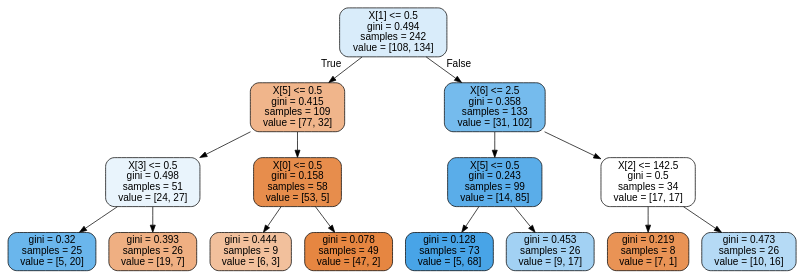
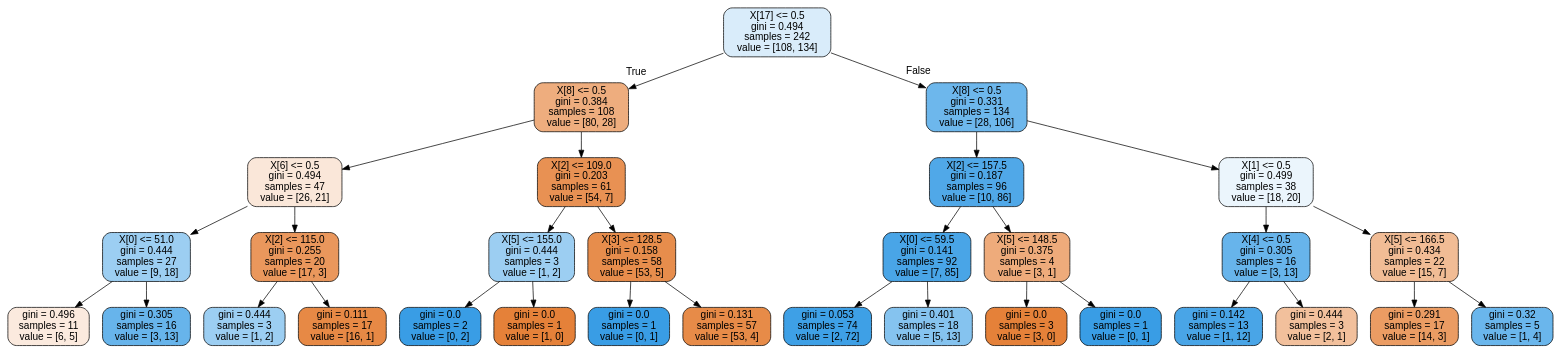
Before and after one commit to murilommen/heart-disease-uci: the diagram in heart_clf.dot, drawn with Graphviz. The commit also changed 3 other files, not shown here.

```diff
--- a/heart_clf.dot
+++ b/heart_clf.dot
@@ -1,33 +1,65 @@
 digraph Tree {
 node [shape=box, style="filled, rounded", color="black", fontname=helvetica] ;
 edge [fontname=helvetica] ;
-0 [label="X[1] <= 0.5\ngini = 0.494\nsamples = 242\nvalue = [108, 134]", fillcolor="#d9ecfa"] ;
-1 [label="X[5] <= 0.5\ngini = 0.415\nsamples = 109\nvalue = [77, 32]", fillcolor="#f0b58b"] ;
+0 [label="X[17] <= 0.5\ngini = 0.494\nsamples = 242\nvalue = [108, 134]", fillcolor="#d9ecfa"] ;
+1 [label="X[8] <= 0.5\ngini = 0.384\nsamples = 108\nvalue = [80, 28]", fillcolor="#eead7e"] ;
 0 -> 1 [labeldistance=2.5, labelangle=45, headlabel="True"] ;
-2 [label="X[3] <= 0.5\ngini = 0.498\nsamples = 51\nvalue = [24, 27]", fillcolor="#e9f4fc"] ;
+2 [label="X[6] <= 0.5\ngini = 0.494\nsamples = 47\nvalue = [26, 21]", fillcolor="#fae7d9"] ;
 1 -> 2 ;
-3 [label="gini = 0.32\nsamples = 25\nvalue = [5, 20]", fillcolor="#6ab6ec"] ;
+3 [label="X[0] <= 51.0\ngini = 0.444\nsamples = 27\nvalue = [9, 18]", fillcolor="#9ccef2"] ;
 2 -> 3 ;
-4 [label="gini = 0.393\nsamples = 26\nvalue = [19, 7]", fillcolor="#efaf82"] ;
-2 -> 4 ;
-5 [label="X[0] <= 0.5\ngini = 0.158\nsamples = 58\nvalue = [53, 5]", fillcolor="#e78d4c"] ;
-1 -> 5 ;
-6 [label="gini = 0.444\nsamples = 9\nvalue = [6, 3]", fillcolor="#f2c09c"] ;
-5 -> 6 ;
-7 [label="gini = 0.078\nsamples = 49\nvalue = [47, 2]", fillcolor="#e68641"] ;
-5 -> 7 ;
-8 [label="X[6] <= 2.5\ngini = 0.358\nsamples = 133\nvalue = [31, 102]", fillcolor="#75bbed"] ;
-0 -> 8 [labeldistance=2.5, labelangle=-45, headlabel="False"] ;
-9 [label="X[5] <= 0.5\ngini = 0.243\nsamples = 99\nvalue = [14, 85]", fillcolor="#5aade9"] ;
-8 -> 9 ;
-10 [label="gini = 0.128\nsamples = 73\nvalue = [5, 68]", fillcolor="#48a4e7"] ;
+4 [label="gini = 0.496\nsamples = 11\nvalue = [6, 5]", fillcolor="#fbeade"] ;
+3 -> 4 ;
+5 [label="gini = 0.305\nsamples = 16\nvalue = [3, 13]", fillcolor="#67b4eb"] ;
+3 -> 5 ;
+6 [label="X[2] <= 115.0\ngini = 0.255\nsamples = 20\nvalue = [17, 3]", fillcolor="#ea975c"] ;
+2 -> 6 ;
+7 [label="gini = 0.444\nsamples = 3\nvalue = [1, 2]", fillcolor="#9ccef2"] ;
+6 -> 7 ;
+8 [label="gini = 0.111\nsamples = 17\nvalue = [16, 1]", fillcolor="#e78945"] ;
+6 -> 8 ;
+9 [label="X[2] <= 109.0\ngini = 0.203\nsamples = 61\nvalue = [54, 7]", fillcolor="#e89153"] ;
+1 -> 9 ;
+10 [label="X[5] <= 155.0\ngini = 0.444\nsamples = 3\nvalue = [1, 2]", fillcolor="#9ccef2"] ;
 9 -> 10 ;
-11 [label="gini = 0.453\nsamples = 26\nvalue = [9, 17]", fillcolor="#a2d1f3"] ;
-9 -> 11 ;
-12 [label="X[2] <= 142.5\ngini = 0.5\nsamples = 34\nvalue = [17, 17]", fillcolor="#ffffff"] ;
-8 -> 12 ;
-13 [label="gini = 0.219\nsamples = 8\nvalue = [7, 1]", fillcolor="#e99355"] ;
-12 -> 13 ;
-14 [label="gini = 0.473\nsamples = 26\nvalue = [10, 16]", fillcolor="#b5daf5"] ;
-12 -> 14 ;
+11 [label="gini = 0.0\nsamples = 2\nvalue = [0, 2]", fillcolor="#399de5"] ;
+10 -> 11 ;
+12 [label="gini = 0.0\nsamples = 1\nvalue = [1, 0]", fillcolor="#e58139"] ;
+10 -> 12 ;
+13 [label="X[3] <= 128.5\ngini = 0.158\nsamples = 58\nvalue = [53, 5]", fillcolor="#e78d4c"] ;
+9 -> 13 ;
+14 [label="gini = 0.0\nsamples = 1\nvalue = [0, 1]", fillcolor="#399de5"] ;
+13 -> 14 ;
+15 [label="gini = 0.131\nsamples = 57\nvalue = [53, 4]", fillcolor="#e78b48"] ;
+13 -> 15 ;
+16 [label="X[8] <= 0.5\ngini = 0.331\nsamples = 134\nvalue = [28, 106]", fillcolor="#6db7ec"] ;
+0 -> 16 [labeldistance=2.5, labelangle=-45, headlabel="False"] ;
+17 [label="X[2] <= 157.5\ngini = 0.187\nsamples = 96\nvalue = [10, 86]", fillcolor="#50a8e8"] ;
+16 -> 17 ;
+18 [label="X[0] <= 59.5\ngini = 0.141\nsamples = 92\nvalue = [7, 85]", fillcolor="#49a5e7"] ;
+17 -> 18 ;
+19 [label="gini = 0.053\nsamples = 74\nvalue = [2, 72]", fillcolor="#3ea0e6"] ;
+18 -> 19 ;
+20 [label="gini = 0.401\nsamples = 18\nvalue = [5, 13]", fillcolor="#85c3ef"] ;
+18 -> 20 ;
+21 [label="X[5] <= 148.5\ngini = 0.375\nsamples = 4\nvalue = [3, 1]", fillcolor="#eeab7b"] ;
+17 -> 21 ;
+22 [label="gini = 0.0\nsamples = 3\nvalue = [3, 0]", fillcolor="#e58139"] ;
+21 -> 22 ;
+23 [label="gini = 0.0\nsamples = 1\nvalue = [0, 1]", fillcolor="#399de5"] ;
+21 -> 23 ;
+24 [label="X[1] <= 0.5\ngini = 0.499\nsamples = 38\nvalue = [18, 20]", fillcolor="#ebf5fc"] ;
+16 -> 24 ;
+25 [label="X[4] <= 0.5\ngini = 0.305\nsamples = 16\nvalue = [3, 13]", fillcolor="#67b4eb"] ;
+24 -> 25 ;
+26 [label="gini = 0.142\nsamples = 13\nvalue = [1, 12]", fillcolor="#49a5e7"] ;
+25 -> 26 ;
+27 [label="gini = 0.444\nsamples = 3\nvalue = [2, 1]", fillcolor="#f2c09c"] ;
+25 -> 27 ;
+28 [label="X[5] <= 166.5\ngini = 0.434\nsamples = 22\nvalue = [15, 7]", fillcolor="#f1bc95"] ;
+24 -> 28 ;
+29 [label="gini = 0.291\nsamples = 17\nvalue = [14, 3]", fillcolor="#eb9c63"] ;
+28 -> 29 ;
+30 [label="gini = 0.32\nsamples = 5\nvalue = [1, 4]", fillcolor="#6ab6ec"] ;
+28 -> 30 ;
 }
```
